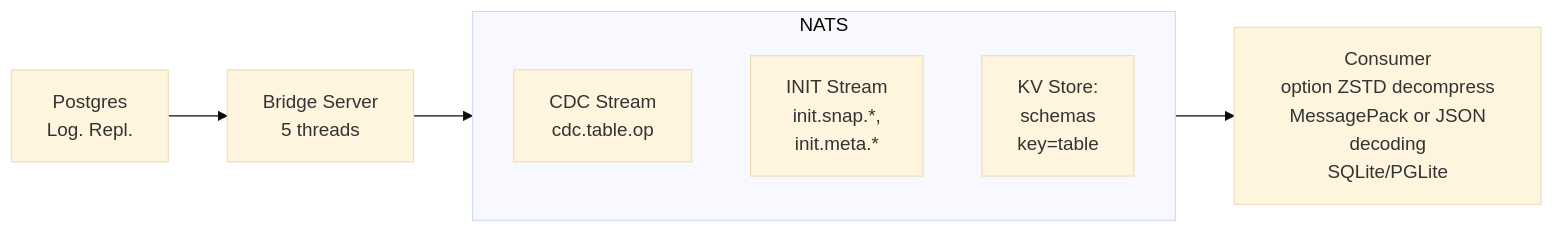
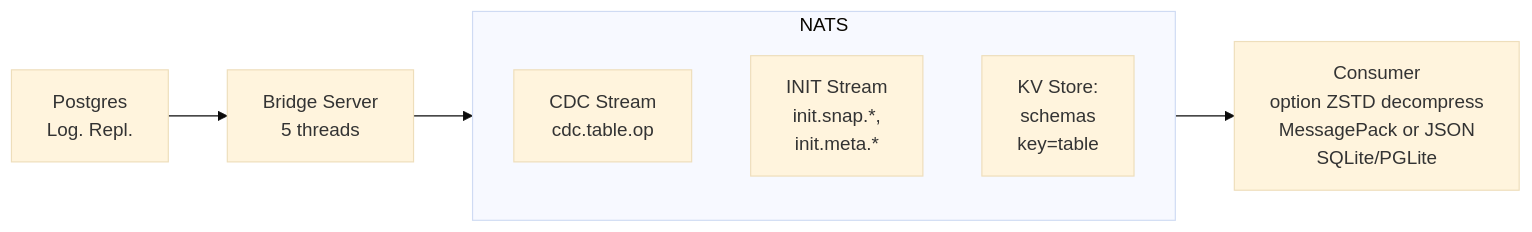
The first of 2 diagrams in README.md (ndrean/PG-CDC-NATS-BRIDGE), drawn with Mermaid (base theme) before and after one commit. The commit also changed 2 other files, not shown here.

Commit message:
[Feat] changed snapshot/csv to arena allcotor: +25% speed

````diff
--- a/README.md
+++ b/README.md
@@ -11,13 +11,13 @@
 ```mermaid
 flowchart LR
     PG[Postgres<br/>Log. Repl.] --> Bridge[Bridge Server<br/>5 threads]
     Bridge --> NATS[NATS JetStream]
 
     subgraph NATS
         CDC[CDC Stream<br>cdc.table.op]
         INIT[INIT Stream<br>init.snap.*, <br>init.meta.*]
         KV[KV Store: <br>schemas<br>key=table]
     end
 
-    NATS --> Consumer[Consumer<br>option ZSTD decompress<br> MessagePack or JSON decoding<br>SQLite/PGLite]
+    NATS --> Consumer[Consumer<br>option ZSTD decompress<br> MessagePack or JSON<br>SQLite/PGLite]
 ```
````
